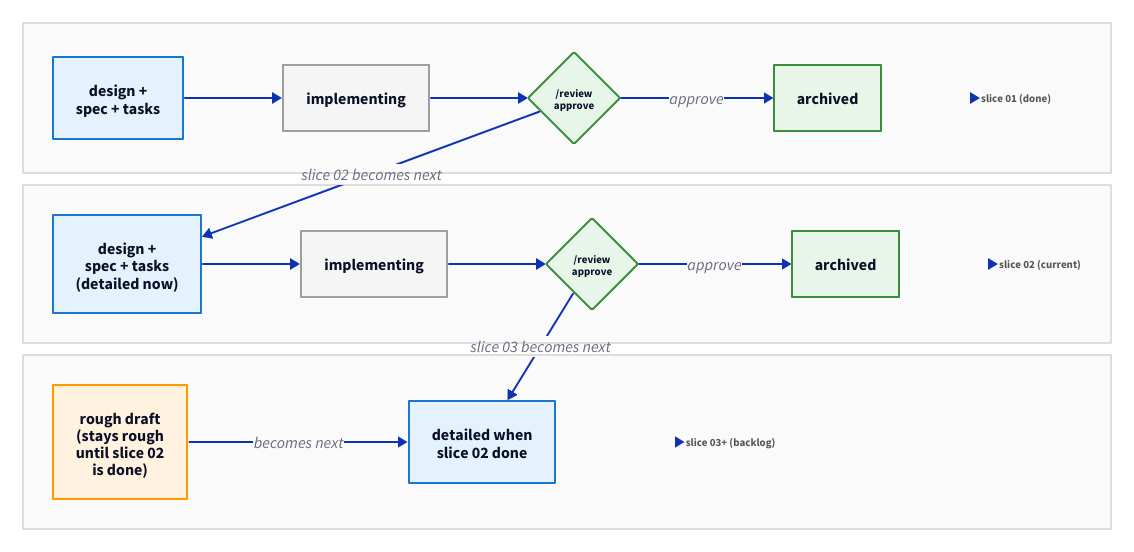
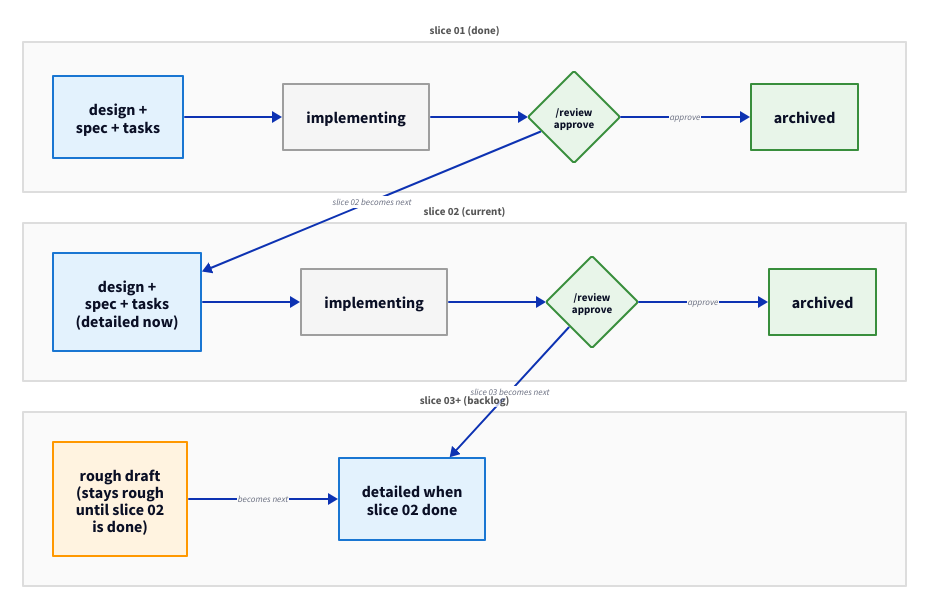
Before and after one commit to bcokert/command-init-orchestrator: the diagram in docs/diagrams/multi-slice-sequence.d2, drawn with D2. The commit also changed 13 other files, not shown here.

First line of the commit message:
Fix diagram layout: pad, titles above boxes, smaller edge labels, add legend

```diff
--- a/docs/diagrams/multi-slice-sequence.d2
+++ b/docs/diagrams/multi-slice-sequence.d2
@@ -1,128 +1,127 @@
 vars: {
   d2-config: {
     layout-engine: dagre
+    pad: 0
   }
   colors: {
     design: "#e3f2fd"
     design-border: "#1976D2"
     impl: "#f5f5f5"
     impl-border: "#9e9e9e"
     qa: "#f3e5f5"
     qa-border: "#7B1FA2"
     archive: "#e8f5e9"
     archive-border: "#388E3C"
     feedback: "#fff3e0"
     feedback-border: "#FF9800"
     lc: "#555555"
   }
 }
 
 grid: "" {
   grid-rows: 3
   grid-gap: 12
   style.stroke: transparent
   style.fill: transparent
 
-  row1: "" {
+  row1: "slice 01 (done)" {
     direction: right
     style.fill: "#fafafa"
     style.stroke: "#dddddd"
+    style.font-size: 11
+    style.bold: true
+    style.font-color: ${colors.lc}
 
     s1_design: "design +\nspec + tasks" {
       style.fill: ${colors.design}
       style.stroke: ${colors.design-border}
     }
     s1_impl: implementing {
       style.fill: ${colors.impl}
       style.stroke: ${colors.impl-border}
     }
     s1_review: "/review\napprove" {
       shape: diamond
       width: 90
       height: 90
       style.fill: ${colors.archive}
       style.stroke: ${colors.archive-border}
       style.font-size: 11
     }
     s1_done: "archived" {
       style.fill: ${colors.archive}
       style.stroke: ${colors.archive-border}
     }
-    _lbl: "slice 01 (done)" {
-      shape: text
-      style.font-size: 11
-      style.bold: true
-      style.font-color: ${colors.lc}
-    }
 
     s1_design -> s1_impl
     s1_impl -> s1_review
-    s1_review -> s1_done: approve
-    s1_done -> _lbl { style.stroke-width: 0 }
+    s1_review -> s1_done: approve {
+      style.font-size: 9
+    }
   }
 
-  row2: "" {
+  row2: "slice 02 (current)" {
     direction: right
     style.fill: "#fafafa"
     style.stroke: "#dddddd"
+    style.font-size: 11
+    style.bold: true
+    style.font-color: ${colors.lc}
 
     s2_design: "design +\nspec + tasks\n(detailed now)" {
       style.fill: ${colors.design}
       style.stroke: ${colors.design-border}
     }
     s2_impl: implementing {
       style.fill: ${colors.impl}
       style.stroke: ${colors.impl-border}
     }
     s2_review: "/review\napprove" {
       shape: diamond
       width: 90
       height: 90
       style.fill: ${colors.archive}
       style.stroke: ${colors.archive-border}
       style.font-size: 11
     }
     s2_done: "archived" {
       style.fill: ${colors.archive}
       style.stroke: ${colors.archive-border}
     }
-    _lbl: "slice 02 (current)" {
-      shape: text
-      style.font-size: 11
-      style.bold: true
-      style.font-color: ${colors.lc}
-    }
 
     s2_design -> s2_impl
     s2_impl -> s2_review
-    s2_review -> s2_done: approve
-    s2_done -> _lbl { style.stroke-width: 0 }
+    s2_review -> s2_done: approve {
+      style.font-size: 9
+    }
   }
 
-  row3: "" {
+  row3: "slice 03+ (backlog)" {
     direction: right
     style.fill: "#fafafa"
     style.stroke: "#dddddd"
+    style.font-size: 11
+    style.bold: true
+    style.font-color: ${colors.lc}
 
     s3_rough: "rough draft\n(stays rough\nuntil slice 02\nis done)" {
       style.fill: ${colors.feedback}
       style.stroke: ${colors.feedback-border}
     }
     s3_next: "detailed when\nslice 02 done" {
       style.fill: ${colors.design}
       style.stroke: ${colors.design-border}
     }
-    _lbl: "slice 03+ (backlog)" {
-      shape: text
-      style.font-size: 11
-      style.bold: true
-      style.font-color: ${colors.lc}
+
+    s3_rough -> s3_next: "becomes next" {
+      style.font-size: 9
     }
-
-    s3_rough -> s3_next: becomes next
-    s3_next -> _lbl { style.stroke-width: 0 }
   }
 }
 
-grid.row1.s1_review -> grid.row2.s2_design: slice 02 becomes next
-grid.row2.s2_review -> grid.row3.s3_next: slice 03 becomes next
+grid.row1.s1_review -> grid.row2.s2_design: "slice 02 becomes next" {
+  style.font-size: 9
+}
+grid.row2.s2_review -> grid.row3.s3_next: "slice 03 becomes next" {
+  style.font-size: 9
+}
```
